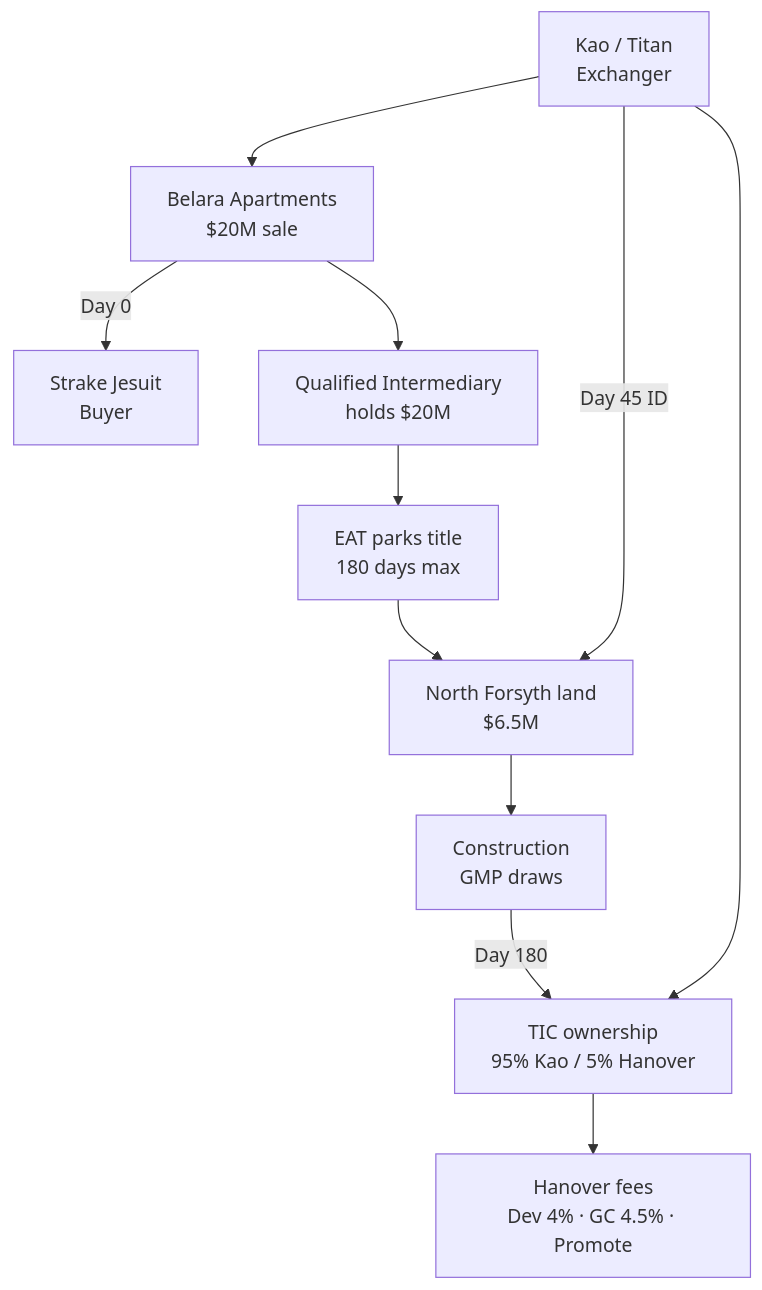
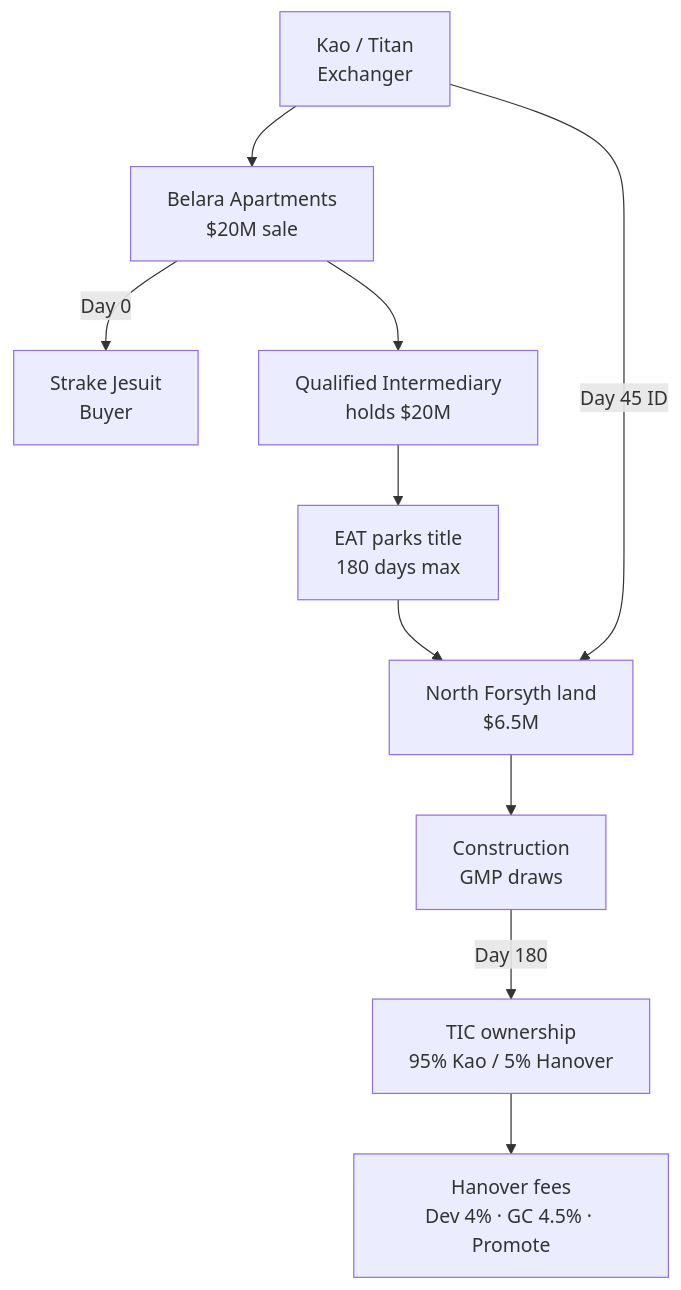
The first of 5 diagrams in North_Forsyth_1031_Diagrams.md (EthanCow/North-Forsyth-1031-Diagrams), drawn with Mermaid before and after one commit. The commit also changed 2 other files, not shown here.

Commit message:
Tighten overview diagram layout and update README.

````diff
--- a/North_Forsyth_1031_Diagrams.md
+++ b/North_Forsyth_1031_Diagrams.md
@@ -30,21 +30,20 @@
 ```mermaid
 flowchart TB
     Kao["Kao / Titan\nExchanger"]
     Belara["Belara Apartments\n$20M sale"]
     Strake["Strake Jesuit\nBuyer"]
     QI["Qualified Intermediary\nholds $20M"]
     EAT["EAT parks title\n180 days max"]
     Land["North Forsyth land\n$6.5M"]
     Build["Construction\nGMP draws"]
     TIC["TIC ownership\n95% Kao / 5% Hanover"]
     Fees["Hanover fees\nDev 4% · GC 4.5% · Promote"]
 
     Kao --> Belara
     Belara -->|"Day 0"| Strake
     Belara --> QI
     QI --> EAT
     EAT --> Land --> Build -->|"Day 180"| TIC
     Kao -->|"Day 45 ID"| Land
-    Kao --> TIC
     TIC --> Fees
 ```
````
